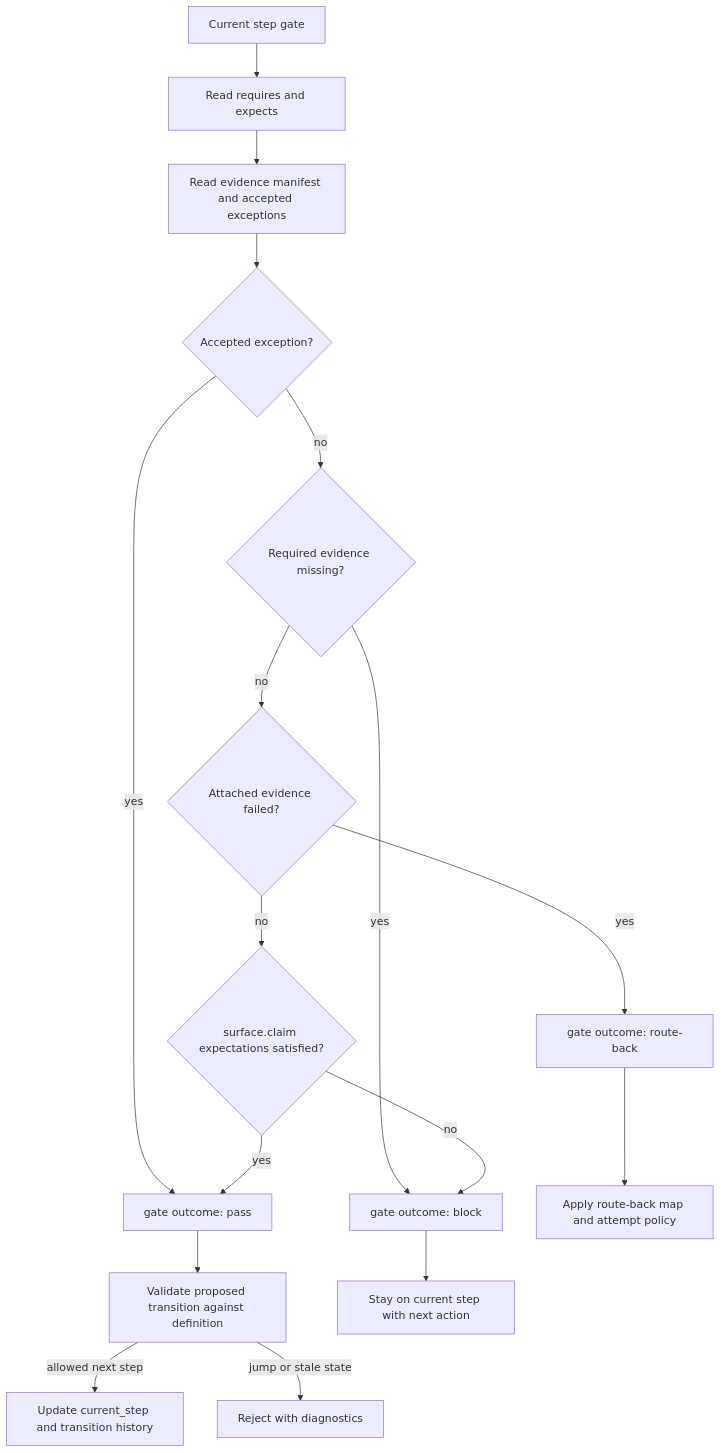
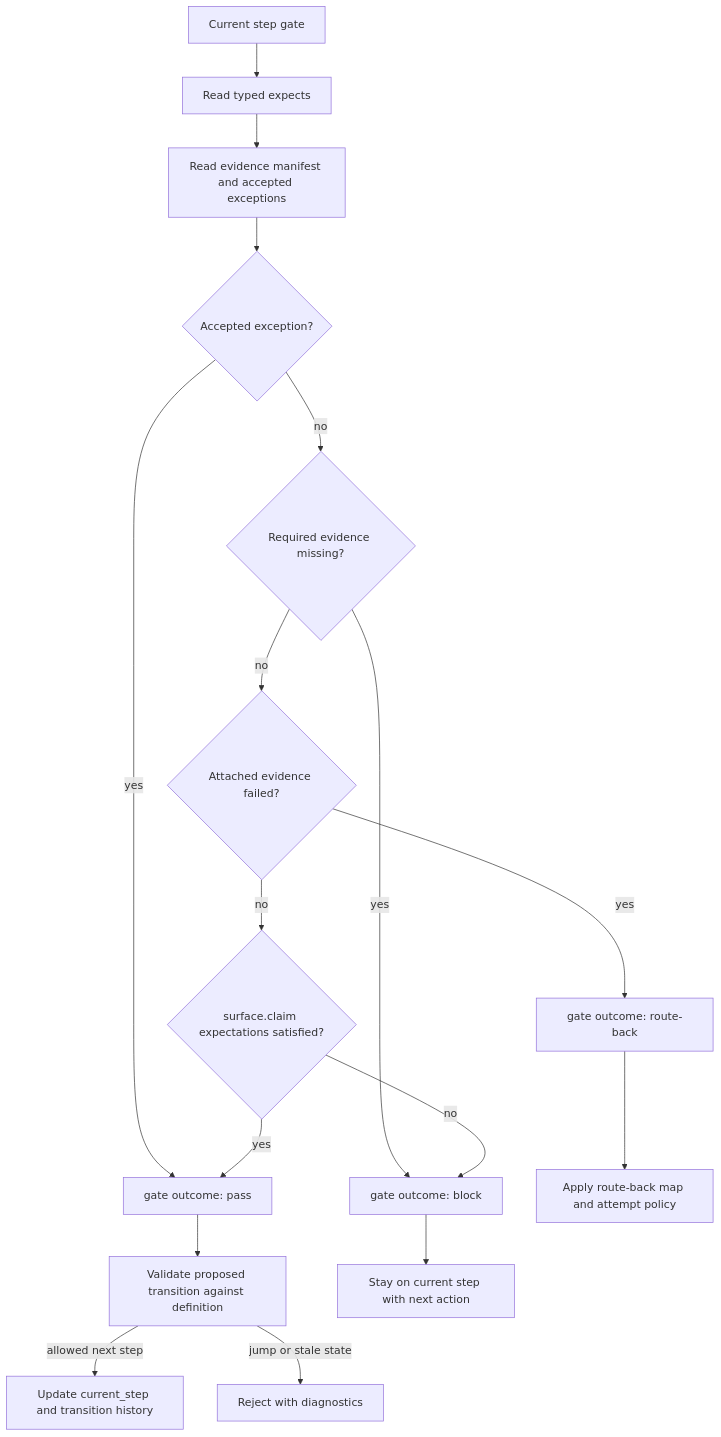
One commit to kontourai/flow changed the second of 7 diagrams in docs/developer-architecture.md. Above: the diagram before and after it, drawn with Mermaid. The commit also changed other lines of this file and 17 other files, not shown here.

First line of the commit message:
Make expects the authored gate contract

````diff
--- a/docs/developer-architecture.md
+++ b/docs/developer-architecture.md
@@ -50,19 +50,19 @@
 ```mermaid
 flowchart TD
-  Gate["Current step gate"] --> Expectations["Read requires and expects"]
+  Gate["Current step gate"] --> Expectations["Read typed expects"]
   Expectations --> Evidence["Read evidence manifest and accepted exceptions"]
   Evidence --> Exception{"Accepted exception?"}
   Exception -->|yes| Pass["gate outcome: pass"]
   Exception -->|no| Missing{"Required evidence missing?"}
   Missing -->|yes| Block["gate outcome: block"]
   Missing -->|no| Failed{"Attached evidence failed?"}
   Failed -->|yes| RouteBack["gate outcome: route-back"]
   Failed -->|no| Claims{"surface.claim expectations satisfied?"}
   Claims -->|no| Block
   Claims -->|yes| Pass
   Pass --> Transition["Validate proposed transition against definition"]
   Block --> Stay["Stay on current step with next action"]
   RouteBack --> RoutePolicy["Apply route-back map and attempt policy"]
   Transition -->|allowed next step| Advance["Update current_step and transition history"]
   Transition -->|jump or stale state| Reject["Reject with diagnostics"]
 ```
````
